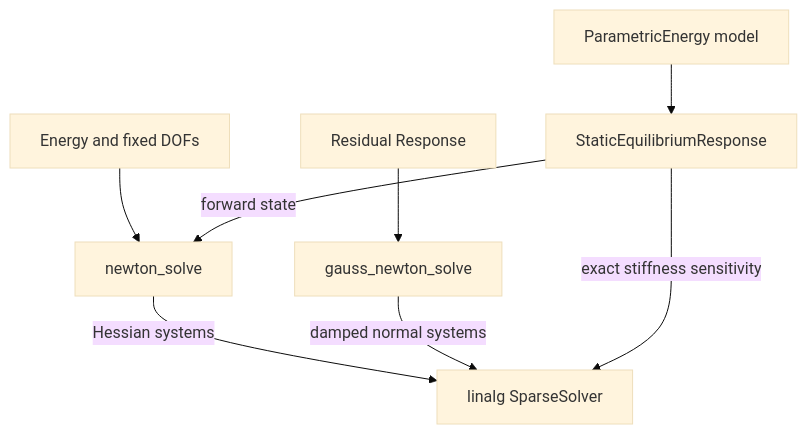
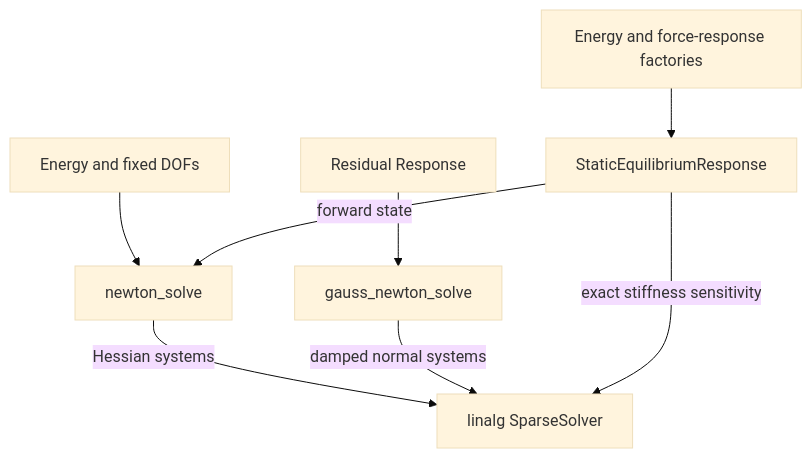
One commit to annajcy/litepgo changed the diagram in docs/guide/solver/index.md. Above: the diagram before and after it, drawn with Mermaid (base theme). The commit also changed other lines of this file and 14 other files, not shown here.

Commit message:
Document response transforms and equilibrium factory contracts

````diff
--- a/docs/guide/solver/index.md
+++ b/docs/guide/solver/index.md
@@ -15,12 +15,12 @@
 ```mermaid
 flowchart TB
   accTitle: Nonlinear solver interfaces and delegated linear solves
   accDescr: Newton consumes Energy and Gauss-Newton consumes a residual Response. StaticEquilibriumResponse builds an Energy, invokes Newton, and uses exact stiffness for sensitivities. All sparse factorizations are delegated to linalg.
   energy["Energy and fixed DOFs"] --> newton["newton_solve"]
   residual["Residual Response"] --> gauss["gauss_newton_solve"]
-  model["ParametricEnergy model"] --> equilibrium["StaticEquilibriumResponse"]
+  factory["Energy and force-response factories"] --> equilibrium["StaticEquilibriumResponse"]
   equilibrium -->|forward state| newton
   newton -->|Hessian systems| linear["linalg SparseSolver"]
   gauss -->|damped normal systems| linear
   equilibrium -->|exact stiffness sensitivity| linear
 ```
````
